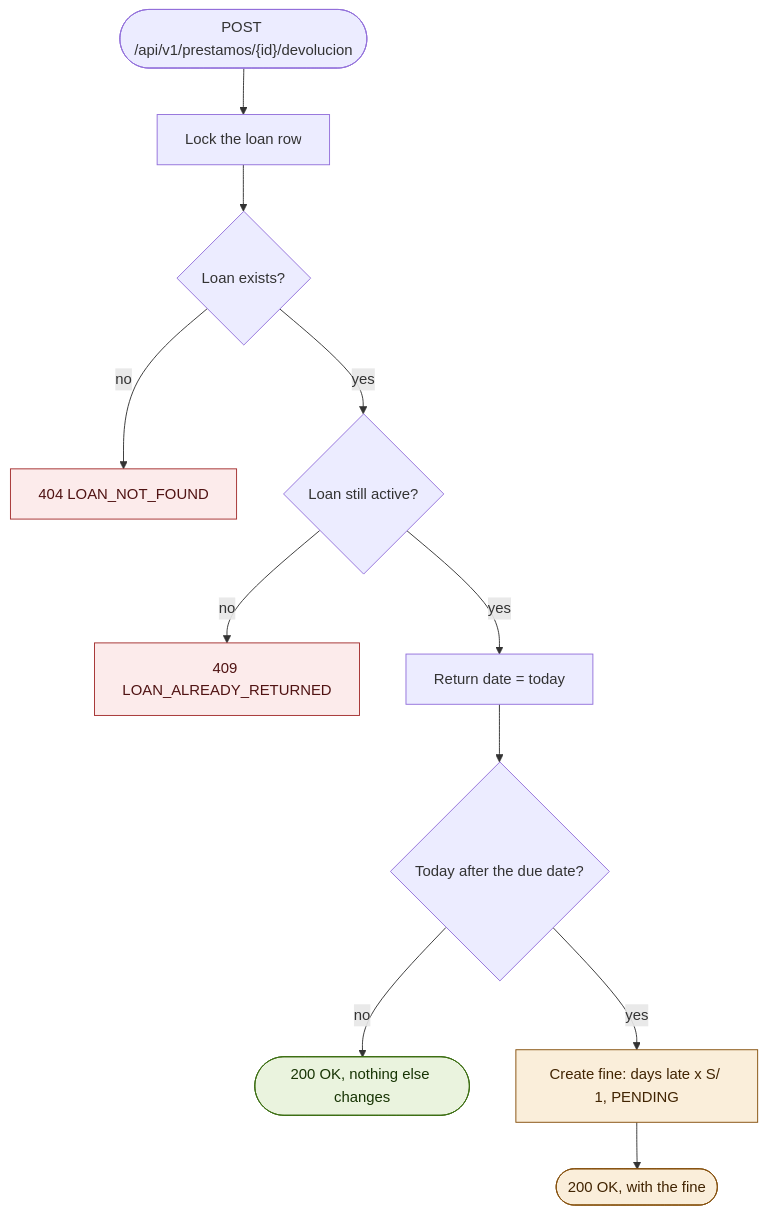
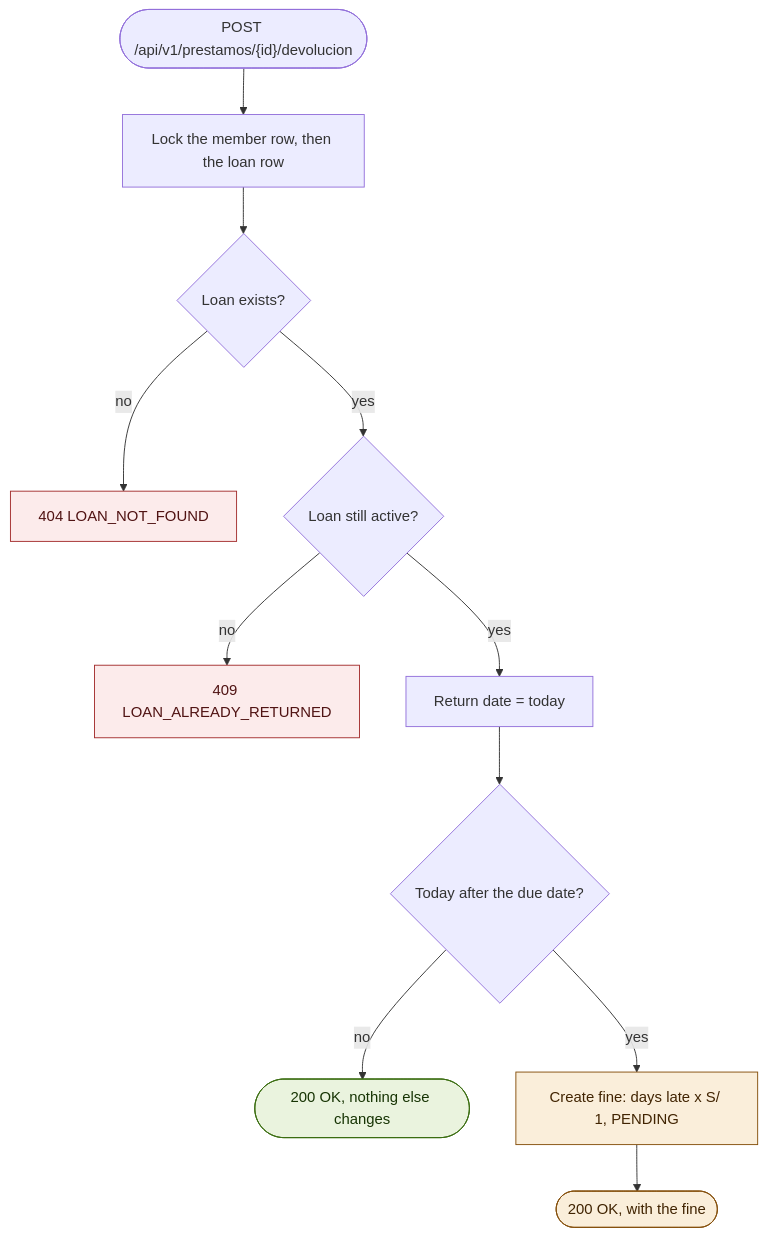
The third of 3 diagrams in docs/diagrams/process-flows.md (caronteisback/biblioteca-java), drawn with Mermaid before and after one commit. The commit also changed other lines of this file and 6 other files, not shown here.

````diff
--- a/docs/diagrams/process-flows.md
+++ b/docs/diagrams/process-flows.md
@@ -65,19 +65,19 @@
 ```mermaid
 flowchart TD
-  start(["POST /api/v1/prestamos/{id}/devolucion"]) --> lock["Lock the loan row"]
+  start(["POST /api/v1/prestamos/{id}/devolucion"]) --> lock["Lock the member row, then the loan row"]
   lock --> c1{"Loan exists?"}
   c1 -- no --> e1["404 LOAN_NOT_FOUND"]
   c1 -- yes --> c2{"Loan still active?"}
   c2 -- no --> e2["409 LOAN_ALREADY_RETURNED"]
   c2 -- yes --> set["Return date = today"]
   set --> late{"Today after the due date?"}
   late -- no --> done1(["200 OK, nothing else changes"])
   late -- yes --> fine["Create fine: days late x S/ 1, PENDING"]
   fine --> done2(["200 OK, with the fine"])
   classDef err fill:#fcebeb,stroke:#a32d2d,color:#501313
   classDef good fill:#eaf3de,stroke:#3b6d11,color:#173404
   classDef warn fill:#faeeda,stroke:#854f0b,color:#412402
   class e1,e2 err
   class done1 good
   class fine,done2 warn
 ```
````
